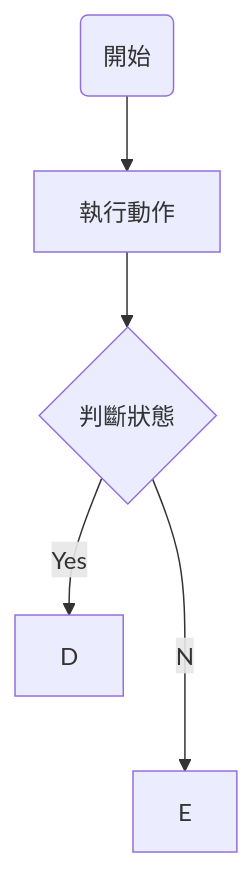
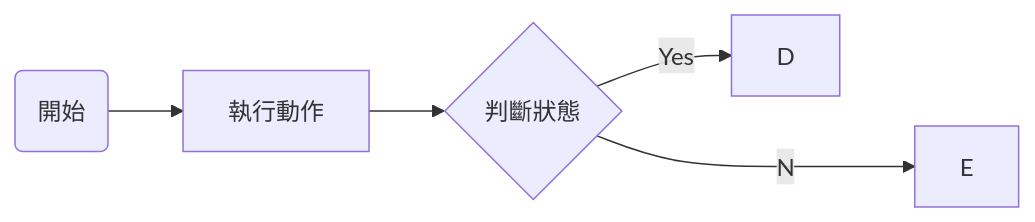
One commit to azhgit/testRBC changed the first of 3 diagrams in markdown.md. Above: the diagram before and after it, drawn with Mermaid.

````diff
--- a/markdown.md
+++ b/markdown.md
@@ -47,10 +47,10 @@
 ```mermaid
-graph TD
+graph LR
 A(開始)
 B[執行動作]
 C{判斷狀態}
 A --> B
 B --> C
 C --> |Yes|D
 C --No--> E
 ```
````
